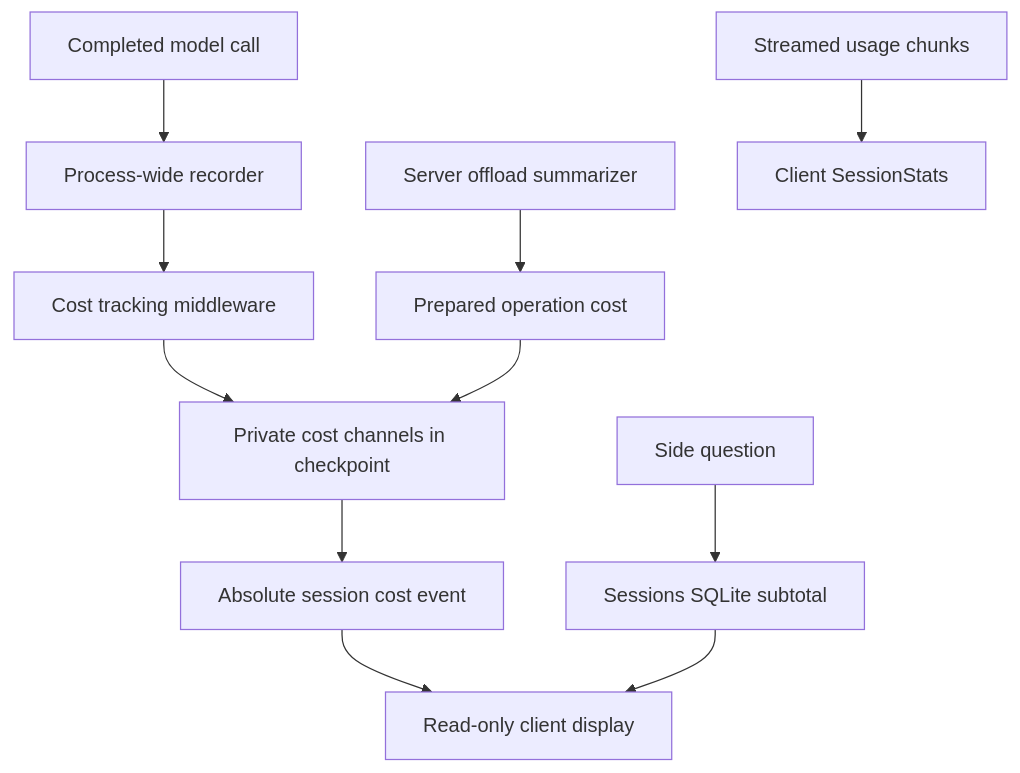
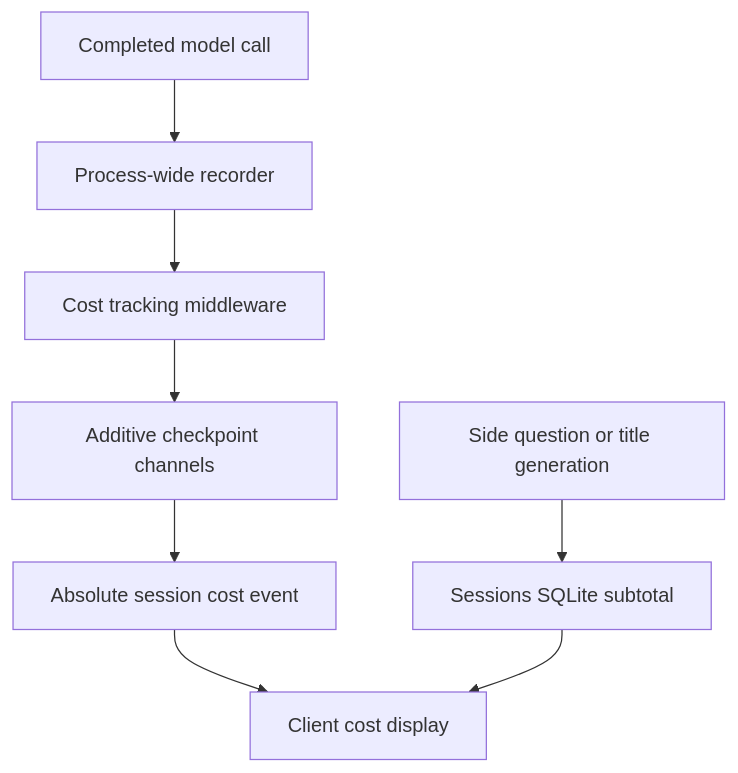
The first of 3 diagrams in openwiki/operations/cost-and-sessions.md (langchain-ai/deepagents), drawn with Mermaid before and after one commit. The commit also changed other lines of this file and 67 other files, not shown here.

````diff
--- a/openwiki/operations/cost-and-sessions.md
+++ b/openwiki/operations/cost-and-sessions.md
@@ -55,13 +61,10 @@
 ```mermaid
 flowchart TD
     Call["Completed model call"] --> Recorder["Process-wide recorder"]
     Recorder --> Middleware["Cost tracking middleware"]
-    Middleware --> Checkpoint["Private cost channels in checkpoint"]
-    Operation["Server offload summarizer"] --> Prepared["Prepared operation cost"]
-    Prepared --> Checkpoint
-    Checkpoint --> Stream["Absolute session cost event"]
-    Stream --> Client["Read-only client display"]
-    LocalUsage["Streamed usage chunks"] --> Stats["Client SessionStats"]
-    Side["Side question"] --> SideDB["Sessions SQLite subtotal"]
-    SideDB --> Client
+    Middleware --> Graph["Additive checkpoint channels"]
+    Side["Side question or title generation"] --> SideStore["Sessions SQLite subtotal"]
+    Graph --> Event["Absolute session cost event"]
+    Event --> Display["Client cost display"]
+    SideStore --> Display
 ```
````
